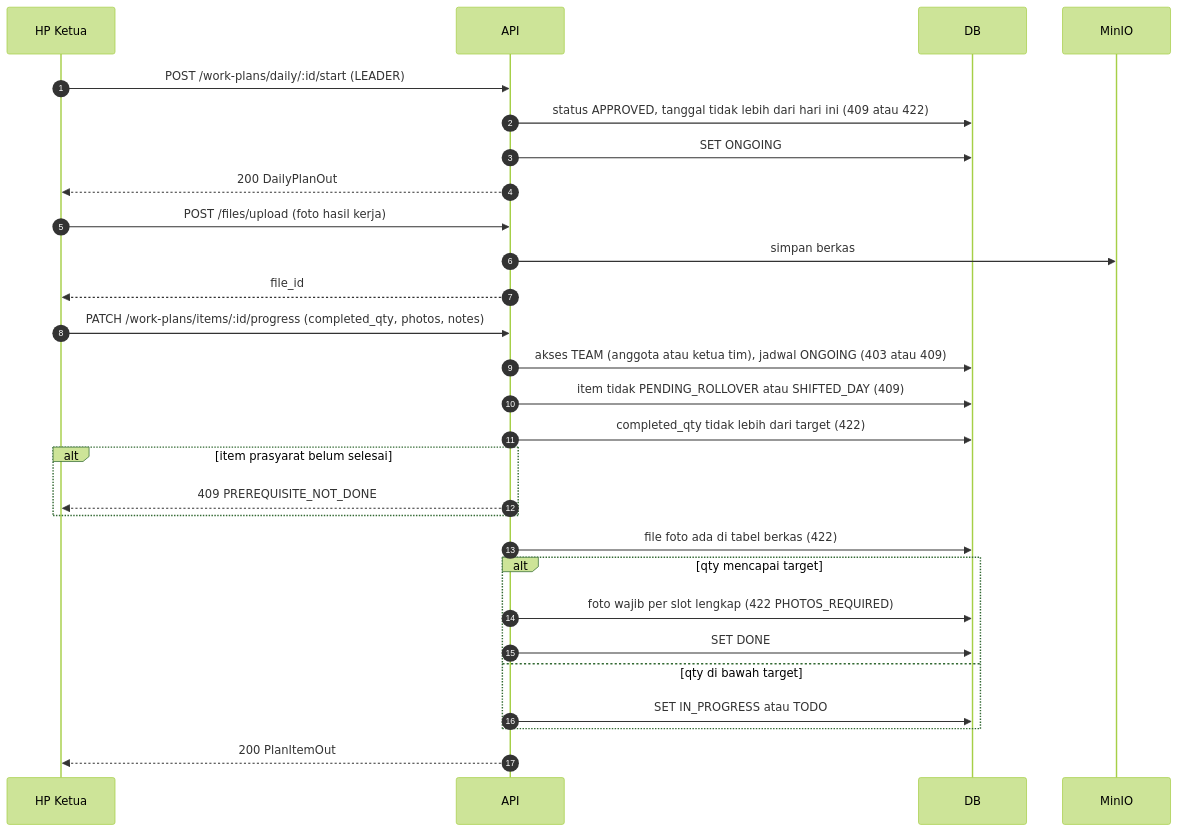
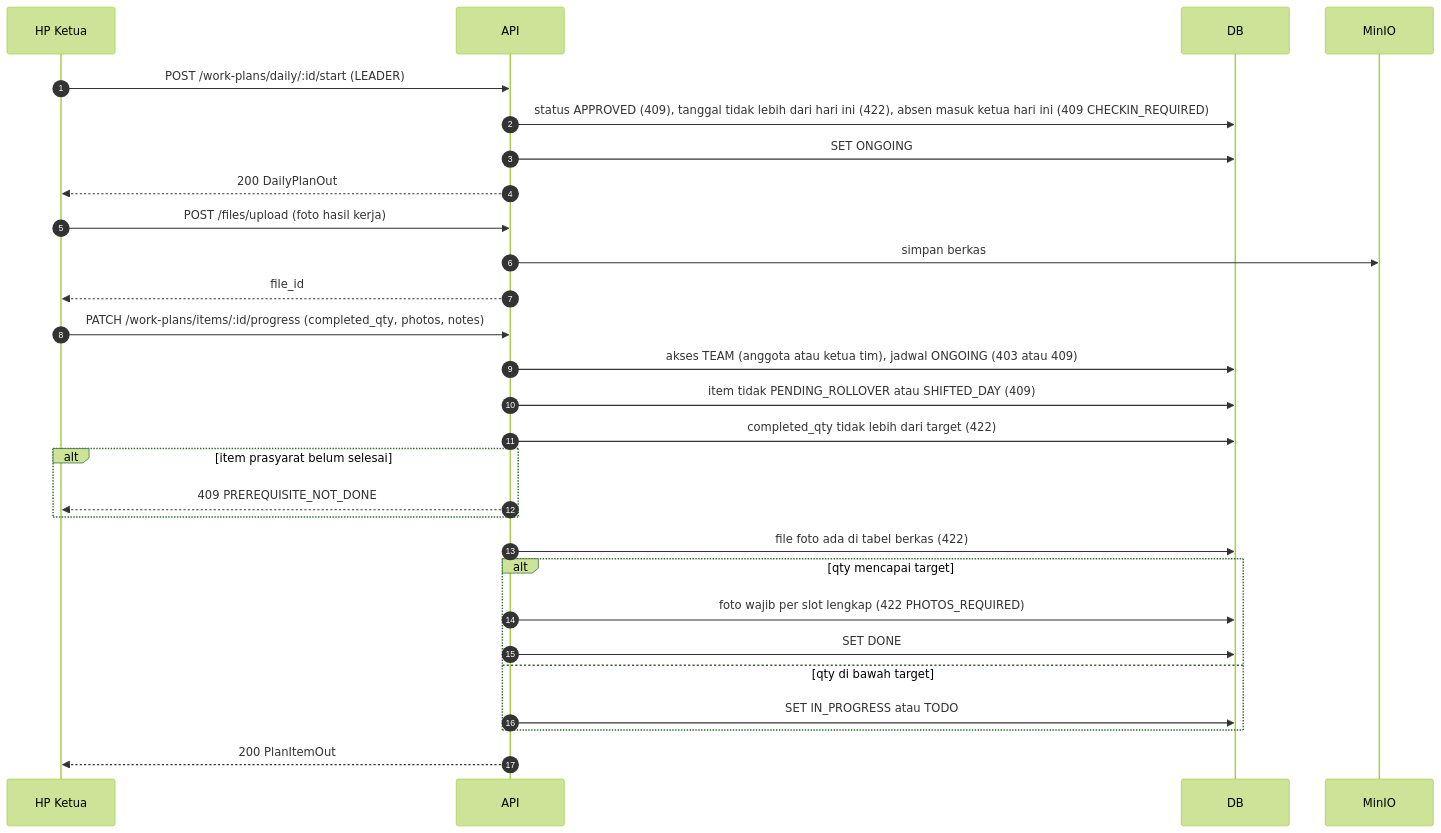
One commit to Visiontech-Indograha/visiontech-management-system changed the fourth of 10 diagrams in docs/diagram/03-sequence.md. Above: the diagram before and after it, drawn with Mermaid (forest theme). The commit also changed other lines of this file and 7 other files, not shown here.

First line of the commit message:
docs: runbook retry Uptime Kuma, diagram dan laporan uji diperbarui (B5)

````diff
--- a/docs/diagram/03-sequence.md
+++ b/docs/diagram/03-sequence.md
@@ -131,30 +131,30 @@
 ```mermaid
 sequenceDiagram
     autonumber
     participant K as HP Ketua
     participant A as API
     participant D as DB
     participant S as MinIO
     K->>A: POST /work-plans/daily/:id/start (LEADER)
-    A->>D: status APPROVED, tanggal tidak lebih dari hari ini (409 atau 422)
+    A->>D: status APPROVED (409), tanggal tidak lebih dari hari ini (422), absen masuk ketua hari ini (409 CHECKIN_REQUIRED)
     A->>D: SET ONGOING
     A-->>K: 200 DailyPlanOut
     K->>A: POST /files/upload (foto hasil kerja)
     A->>S: simpan berkas
     A-->>K: file_id
     K->>A: PATCH /work-plans/items/:id/progress (completed_qty, photos, notes)
     A->>D: akses TEAM (anggota atau ketua tim), jadwal ONGOING (403 atau 409)
     A->>D: item tidak PENDING_ROLLOVER atau SHIFTED_DAY (409)
     A->>D: completed_qty tidak lebih dari target (422)
     alt item prasyarat belum selesai
         A-->>K: 409 PREREQUISITE_NOT_DONE
     end
     A->>D: file foto ada di tabel berkas (422)
     alt qty mencapai target
         A->>D: foto wajib per slot lengkap (422 PHOTOS_REQUIRED)
         A->>D: SET DONE
     else qty di bawah target
         A->>D: SET IN_PROGRESS atau TODO
     end
     A-->>K: 200 PlanItemOut
 ```
````
